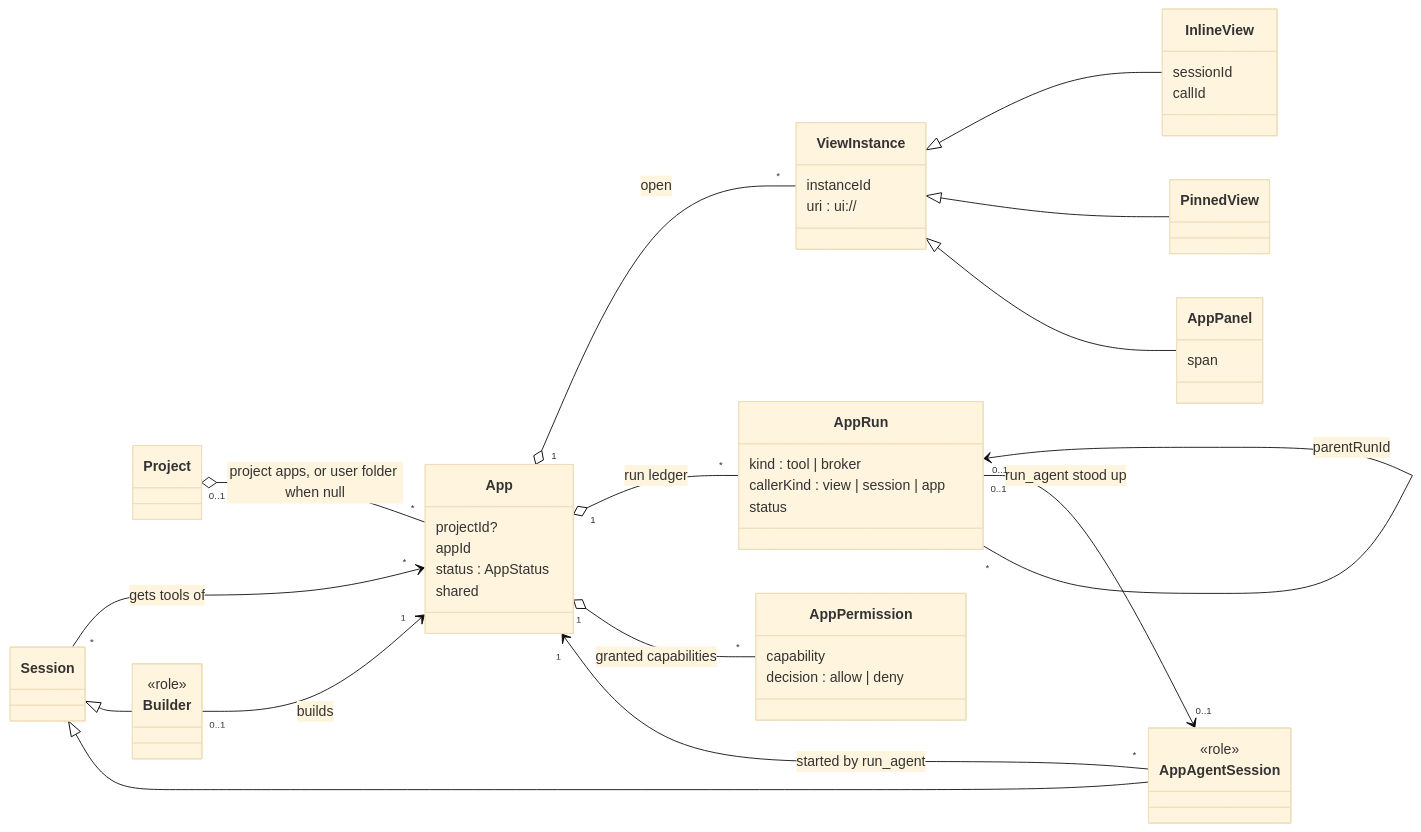
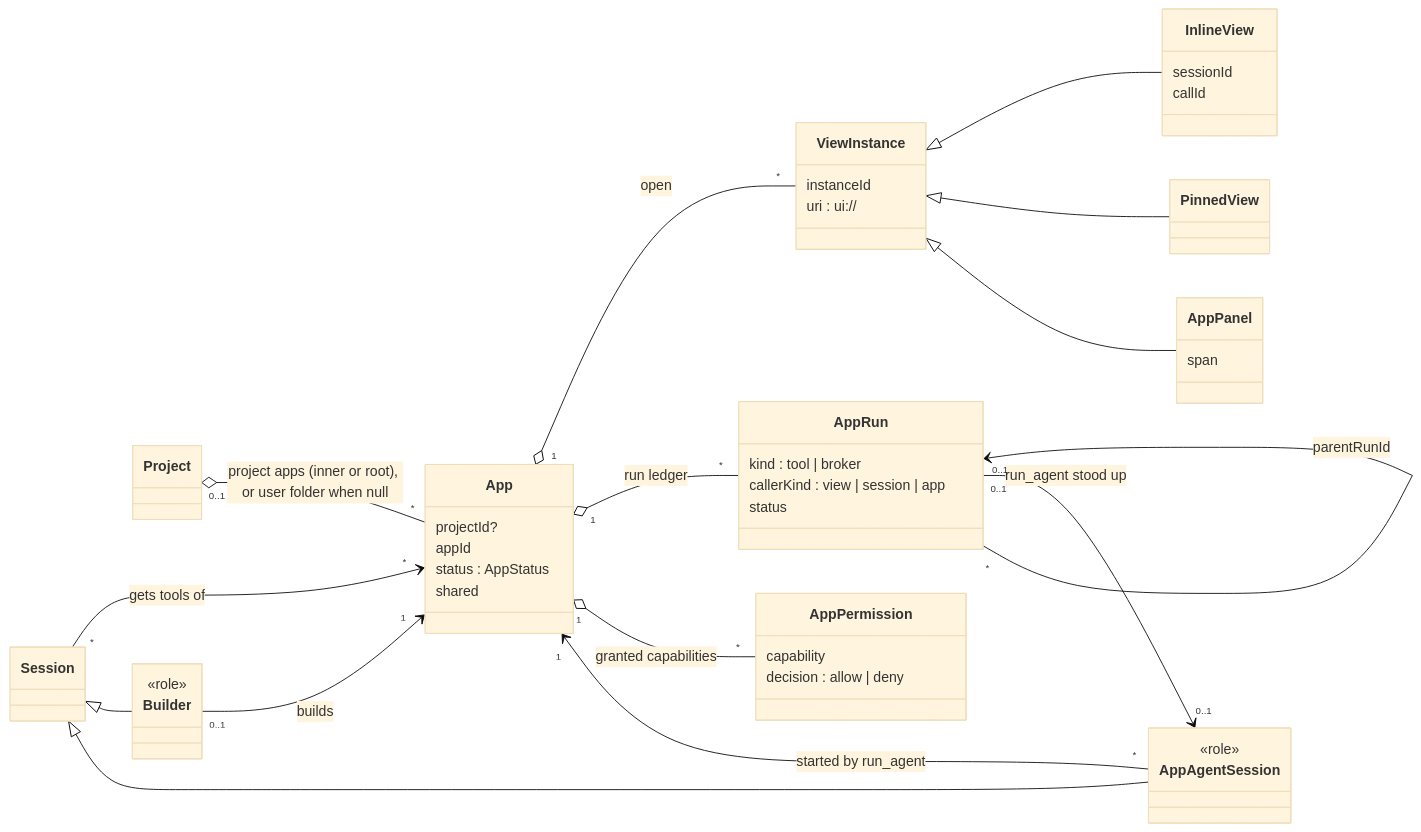
One commit to ijun17/centralu changed the third of 11 diagrams in docs/domain-model.ko.md. Above: the diagram before and after it, drawn with Mermaid (base theme). The commit also changed other lines of this file and 4 other files, not shown here.

First line of the commit message:
docs: design root apps, a project whose folder has the manifest

````diff
--- a/docs/domain-model.ko.md
+++ b/docs/domain-model.ko.md
@@ -285,53 +286,53 @@
 ```mermaid
 classDiagram
   direction LR
   class Project
   class Session
   class App {
     projectId?
     appId
     status : AppStatus
     shared
   }
   class ViewInstance {
     instanceId
     uri : ui://
   }
   class InlineView {
     sessionId
     callId
   }
   class PinnedView
   class AppPanel {
     span
   }
   class AppRun {
     kind : tool | broker
     callerKind : view | session | app
     status
   }
   class AppPermission {
     capability
     decision : allow | deny
   }
   class Builder {
     <<role>>
   }
   class AppAgentSession {
     <<role>>
   }
-  Project "0..1" o-- "*" App : project apps, or user folder when null
+  Project "0..1" o-- "*" App : project apps (inner or root), or user folder when null
   App "1" o-- "*" ViewInstance : open
   ViewInstance <|-- InlineView
   ViewInstance <|-- PinnedView
   ViewInstance <|-- AppPanel
   App "1" o-- "*" AppRun : run ledger
   AppRun "0..1" <-- "*" AppRun : parentRunId
   App "1" o-- "*" AppPermission : granted capabilities
   Session "*" --> "*" App : gets tools of
   Session <|-- Builder
   Session <|-- AppAgentSession
   Builder "0..1" --> "1" App : builds
   AppAgentSession "*" --> "1" App : started by run_agent
   AppRun "0..1" --> "0..1" AppAgentSession : run_agent stood up
 ```
````
